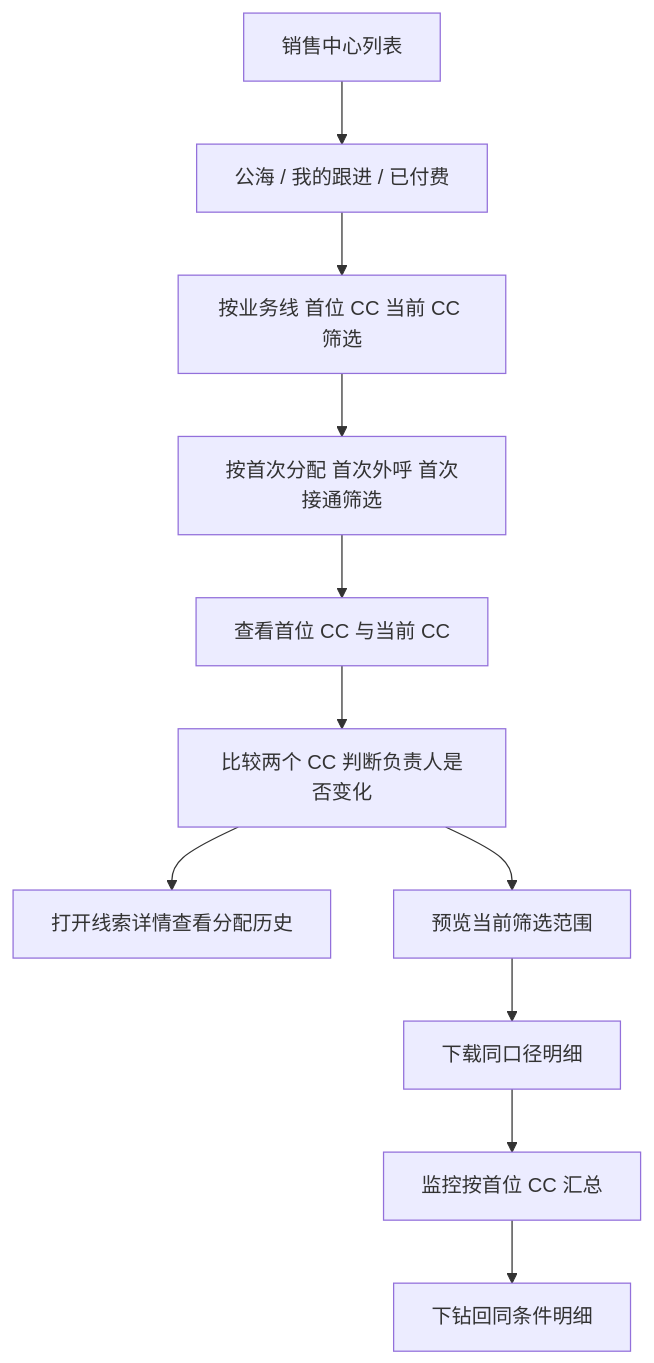
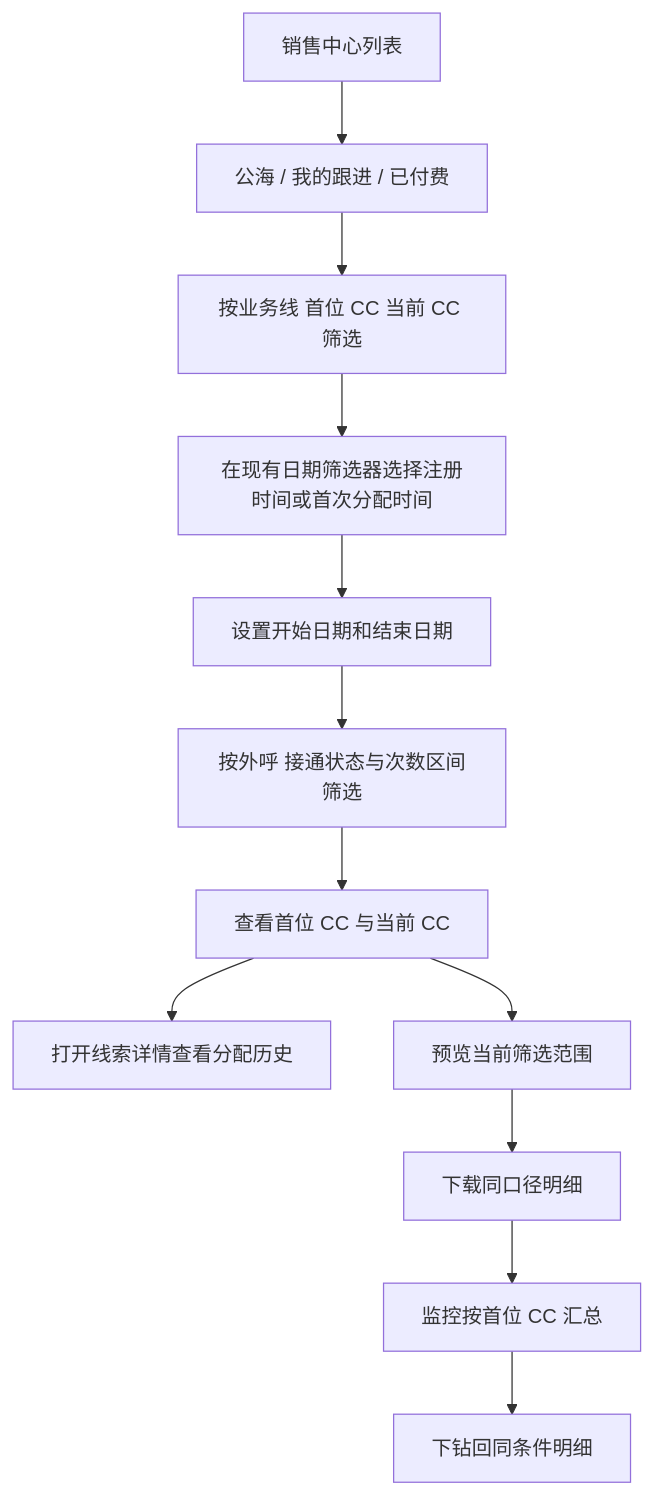
Before and after one commit to h3-ai-lab/hhhprd: the diagram in projects/first-contact/PRD.md, drawn with Mermaid. The commit also changed other lines of this file and 13 other files, not shown here.

````diff
--- a/projects/first-contact/PRD.md
+++ b/projects/first-contact/PRD.md
@@ -98,13 +101,14 @@
 ```mermaid
 flowchart TD
     A[销售中心列表] --> B[公海 / 我的跟进 / 已付费]
     B --> C[按业务线 首位 CC 当前 CC 筛选]
-    C --> D[按首次分配 首次外呼 首次接通筛选]
-    D --> E[查看首位 CC 与当前 CC]
-    E --> F[比较两个 CC 判断负责人是否变化]
-    F --> G[打开线索详情查看分配历史]
-    F --> H[预览当前筛选范围]
-    H --> I[下载同口径明细]
-    I --> J[监控按首位 CC 汇总]
-    J --> K[下钻回同条件明细]
+    C --> D[在现有日期筛选器选择注册时间或首次分配时间]
+    D --> E[设置开始日期和结束日期]
+    E --> F[按外呼 接通状态与次数区间筛选]
+    F --> G[查看首位 CC 与当前 CC]
+    G --> H[打开线索详情查看分配历史]
+    G --> I[预览当前筛选范围]
+    I --> J[下载同口径明细]
+    J --> K[监控按首位 CC 汇总]
+    K --> L[下钻回同条件明细]
 ```
````
